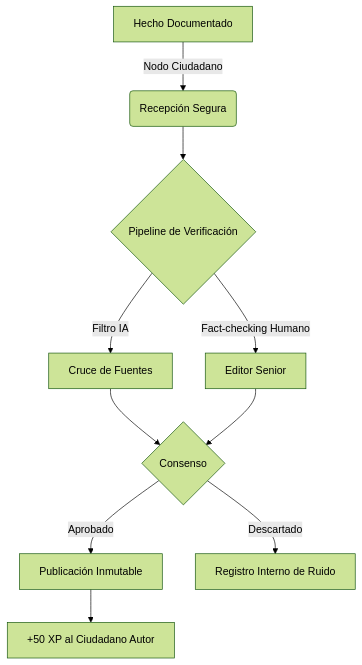
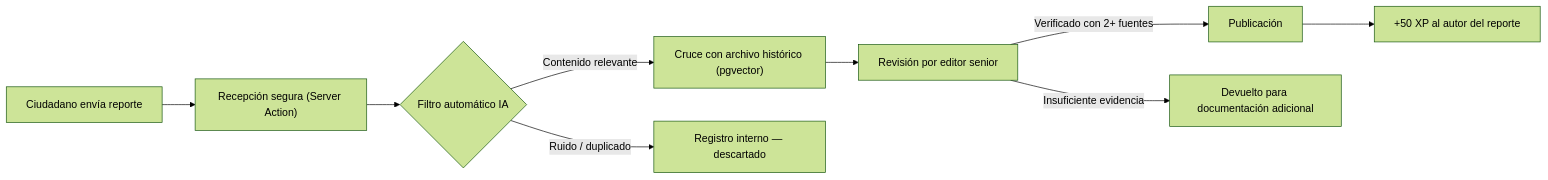
The second of 2 diagrams in README.md (LuisSambrano/libertad-showcase), drawn with Mermaid (forest theme) before and after one commit. The commit also changed other lines of this file, not shown here.

Commit message:
docs: documentary rewrite with factual references and full timeline (Dec 2024 — Mar 2026)

````diff
--- a/README.md
+++ b/README.md
@@ -53,12 +126,11 @@
 ```mermaid
-graph TD
-    A[Hecho Documentado] -->|Nodo Ciudadano| B(Recepción Segura)
-    B --> C{Pipeline de Verificación}
-    C -->|Filtro IA| D[Cruce de Fuentes]
-    C -->|Fact-checking Humano| E[Editor Senior]
-    D --> F{Consenso}
-    E --> F
-    F -->|Aprobado| G[Publicación Inmutable]
-    F -->|Descartado| H[Registro Interno de Ruido]
-    G --> I[+50 XP al Ciudadano Autor]
+flowchart LR
+    A["Ciudadano envía reporte"] --> B["Recepción segura (Server Action)"]
+    B --> C{"Filtro automático IA"}
+    C -->|"Contenido relevante"| D["Cruce con archivo histórico (pgvector)"]
+    C -->|"Ruido / duplicado"| E["Registro interno — descartado"]
+    D --> F["Revisión por editor senior"]
+    F -->|"Verificado con 2+ fuentes"| G["Publicación"]
+    F -->|"Insuficiente evidencia"| H["Devuelto para documentación adicional"]
+    G --> I["+50 XP al autor del reporte"]
 ```
````
